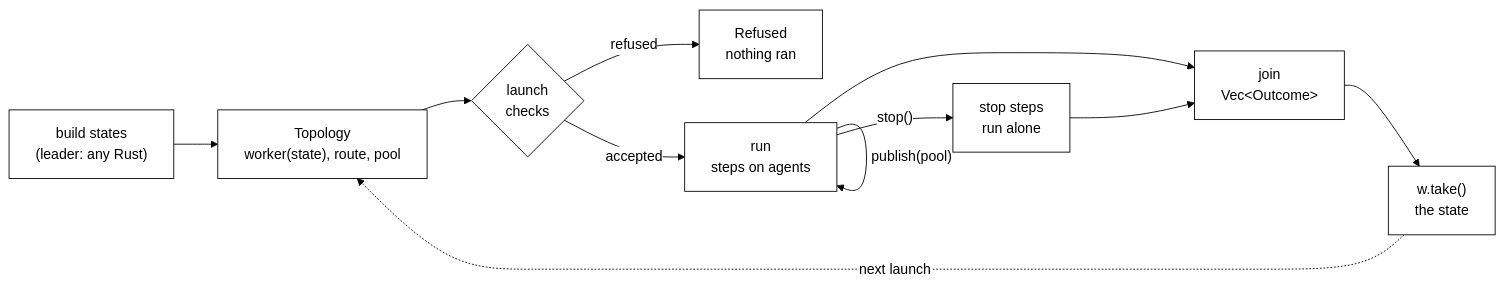
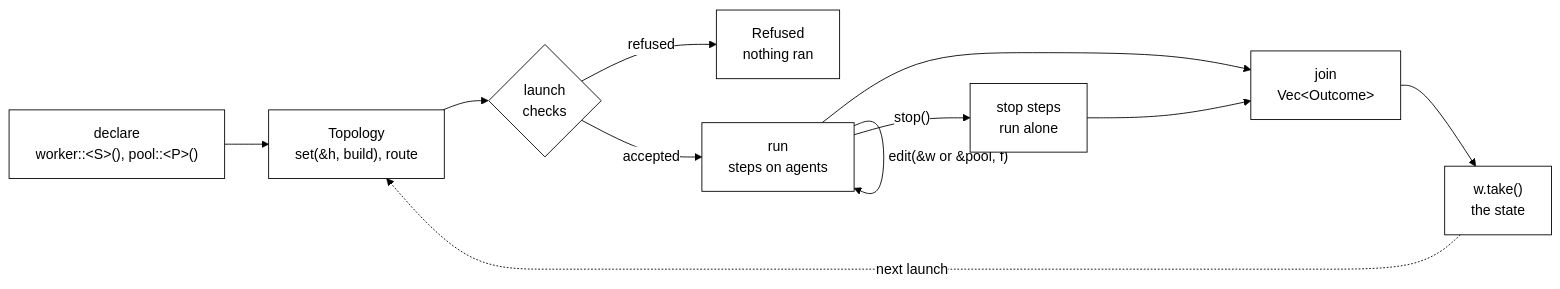
The first of 5 diagrams in docs/worker-model.md (PKD667/trame), drawn with Mermaid before and after one commit. The commit also changed other lines of this file and 20 other files, not shown here.

Commit message:
One path for the pool: t.pool::<P>() and t.set, edited with Run::edit (Handle: Worker or Pool). Edits hold field masks (Event::Hold/Edit in the model); the pool is the POOL bit in every worker. Removes Run::publish and RCU versions. pool_edit program; edits_follow_the_model conformance.

````diff
--- a/docs/worker-model.md
+++ b/docs/worker-model.md
@@ -15,15 +15,14 @@
 ```mermaid
 %%{init: {'theme':'base','themeVariables':{'primaryColor':'#ffffff','primaryTextColor':'#000000','primaryBorderColor':'#000000','lineColor':'#000000','secondaryColor':'#ffffff','tertiaryColor':'#ffffff','clusterBkg':'#ffffff','clusterBorder':'#000000','edgeLabelBackground':'#ffffff','actorBkg':'#ffffff','actorBorder':'#000000','actorTextColor':'#000000','actorLineColor':'#000000','signalColor':'#000000','signalTextColor':'#000000','noteBkgColor':'#ffffff','noteBorderColor':'#000000','noteTextColor':'#000000','labelBoxBkgColor':'#ffffff','labelBoxBorderColor':'#000000','fontFamily':'monospace'},'themeCSS':'rect.actor,rect.note,.note rect,.statediagram-note rect{fill:#fff!important;stroke:#000!important} line,.actor-line{stroke:#000!important} .arrowheadPath,marker path{fill:#000!important;stroke:#000!important} circle.state-end{stroke:#000!important} text,.noteText,.state-note text{fill:#000!important}'}}%%
 flowchart LR
-  B["build states<br/>(leader: any Rust)"] --> T["Topology<br/>worker(state), route, pool"]
+  B["declare<br/>worker::&lt;S&gt;(), pool::&lt;P&gt;()"] --> T["Topology<br/>set(&h, build), route"]
   T --> L{"launch<br/>checks"}
   L -- refused --> R["Refused<br/>nothing ran"]
   L -- accepted --> RUN["run<br/>steps on agents"]
-  RUN -- "edit(&w, f)" --> RUN
-  RUN -- "publish(pool)" --> RUN
+  RUN -- "edit(&w or &pool, f)" --> RUN
   RUN -- "stop()" --> S["stop steps<br/>run alone"]
   RUN --> J["join<br/>Vec&lt;Outcome&gt;"]
   S --> J
   J --> K["w.take()<br/>the state"]
   K -. next launch .-> T
 ```
````
